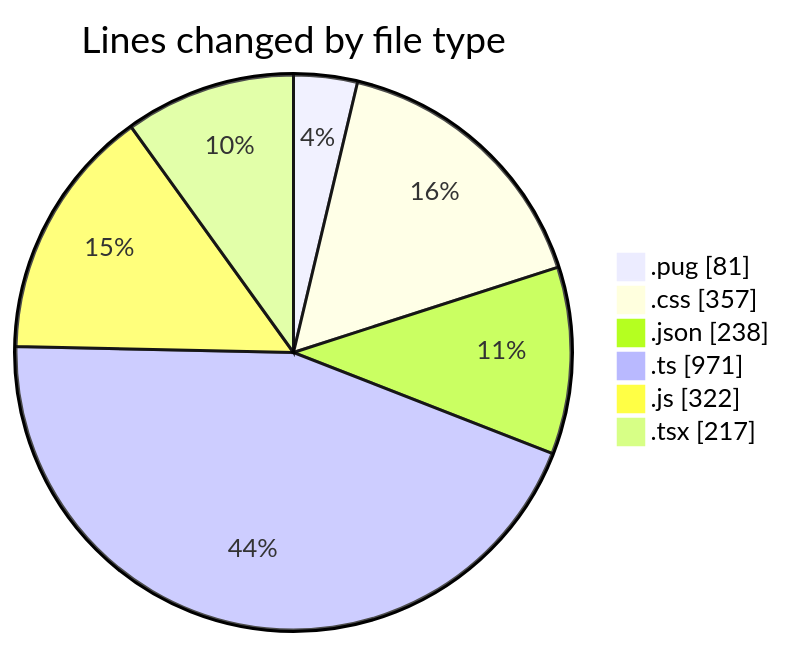
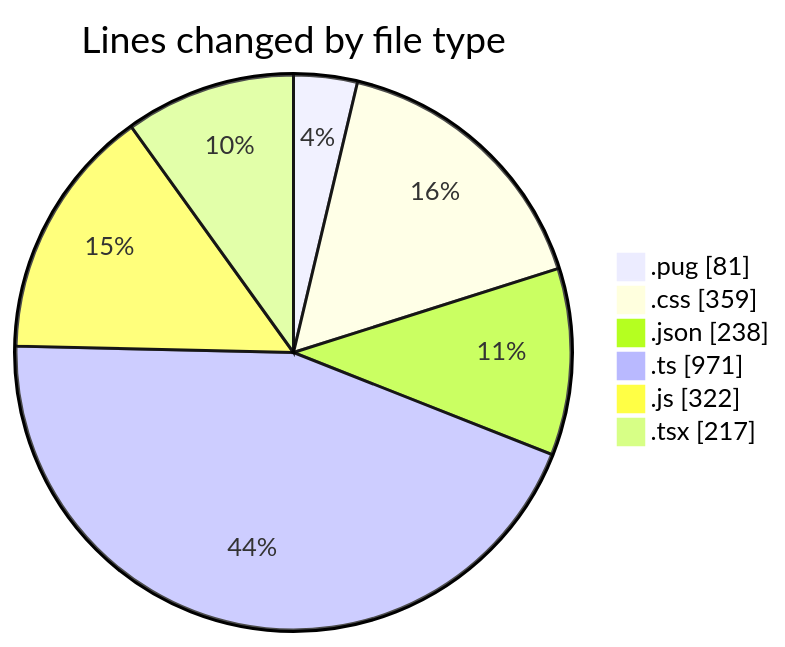
Before and after one commit to momahboobian/code-tracking: the first of 2 diagrams in 2025-11-05/cda/README.md, drawn with Mermaid. The commit also changed other lines of this file and 1 other file, not shown here.

````diff
--- a/2025-11-05/cda/README.md
+++ b/2025-11-05/cda/README.md
@@ -26,10 +26,10 @@
 ```mermaid
 pie showData
 title Lines changed by file type
 ".pug" : 81
-".css" : 357
+".css" : 359
 ".json" : 238
 ".ts" : 971
 ".js" : 322
 ".tsx" : 217
 ```
````
